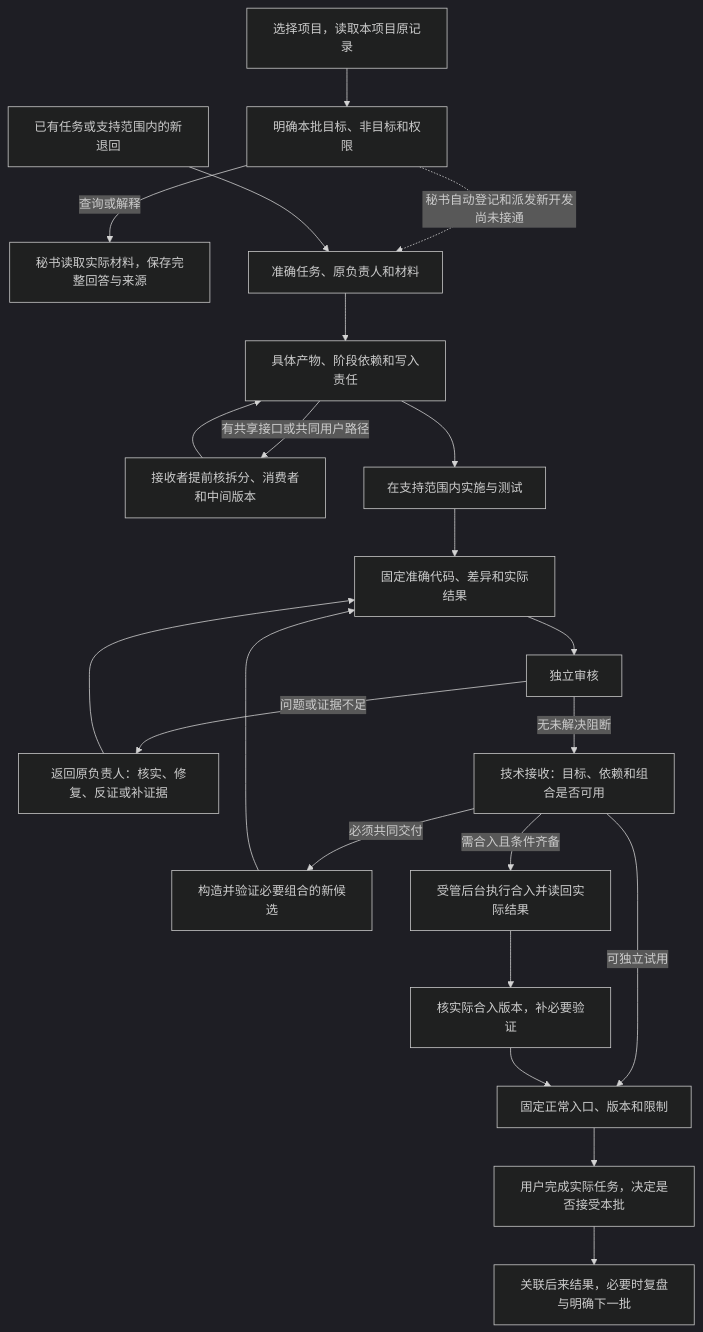
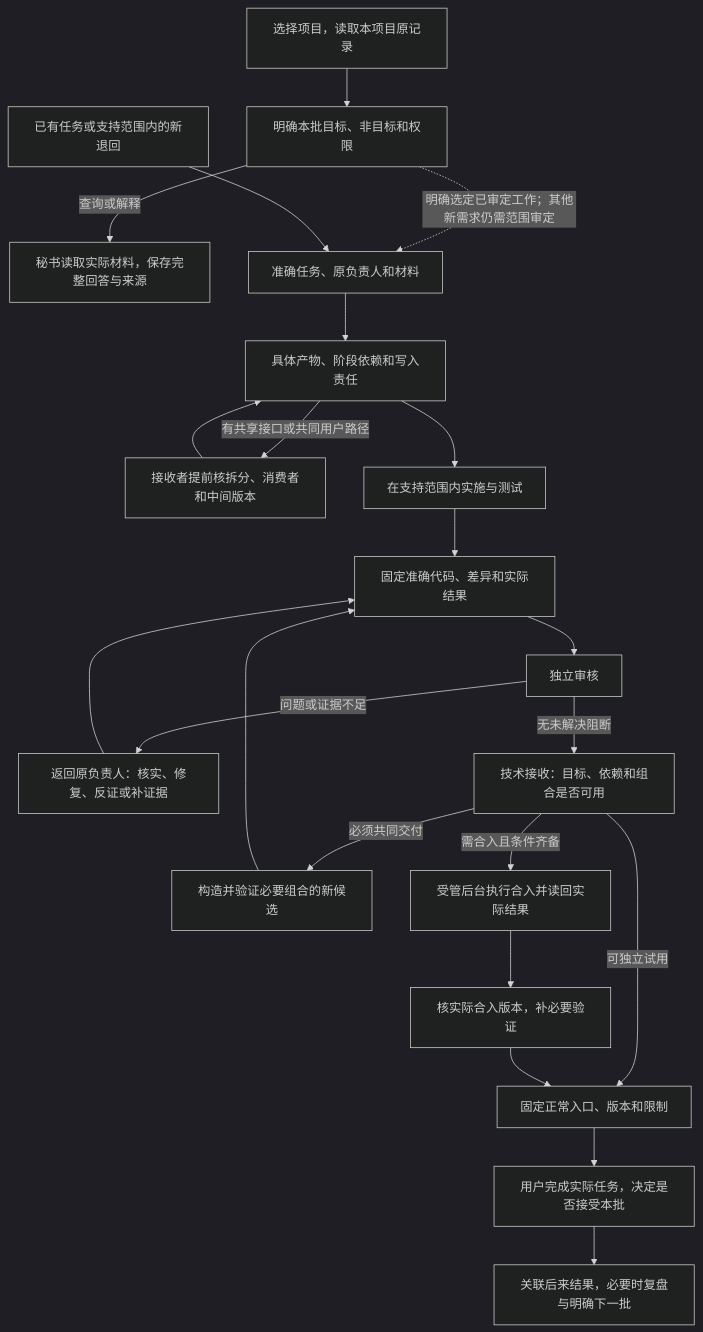
One commit to wlvh/tongxu changed the first of 3 diagrams in docs/PRODUCT_GUIDE.md. Above: the diagram before and after it, drawn with Mermaid (dark theme). The commit also changed other lines of this file and 18 other files, not shown here.

````diff
--- a/docs/PRODUCT_GUIDE.md
+++ b/docs/PRODUCT_GUIDE.md
@@ -126,24 +126,24 @@
 ```mermaid
 flowchart TD
     project["选择项目，读取本项目原记录"] --> goal["明确本批目标、非目标和权限"]
     goal -->|"查询或解释"| query["秘书读取实际材料，保存完整回答与来源"]
-    goal -.->|"秘书自动登记和派发新开发尚未接通"| task["准确任务、原负责人和材料"]
+    goal -.->|"明确选定已审定工作；其他新需求仍需范围审定"| task["准确任务、原负责人和材料"]
     existing["已有任务或支持范围内的新退回"] --> task
     task --> arrange["具体产物、阶段依赖和写入责任"]
     arrange -->|"有共享接口或共同用户路径"| early["接收者提前核拆分、消费者和中间版本"]
     early --> arrange
     arrange --> work["在支持范围内实施与测试"]
     work --> candidate["固定准确代码、差异和实际结果"]
     candidate --> review["独立审核"]
     review -->|"问题或证据不足"| repair["返回原负责人：核实、修复、反证或补证据"]
     repair --> candidate
     review -->|"无未解决阻断"| receive["技术接收：目标、依赖和组合是否可用"]
     receive -->|"必须共同交付"| combine["构造并验证必要组合的新候选"]
     combine --> candidate
     receive -->|"可独立试用"| trial["固定正常入口、版本和限制"]
     receive -->|"需合入且条件齐备"| merge["受管后台执行合入并读回实际结果"]
     merge --> verify["核实际合入版本，补必要验证"]
     verify --> trial
     trial --> use["用户完成实际任务，决定是否接受本批"]
     use --> feedback["关联后来结果，必要时复盘与明确下一批"]
 ```
````
